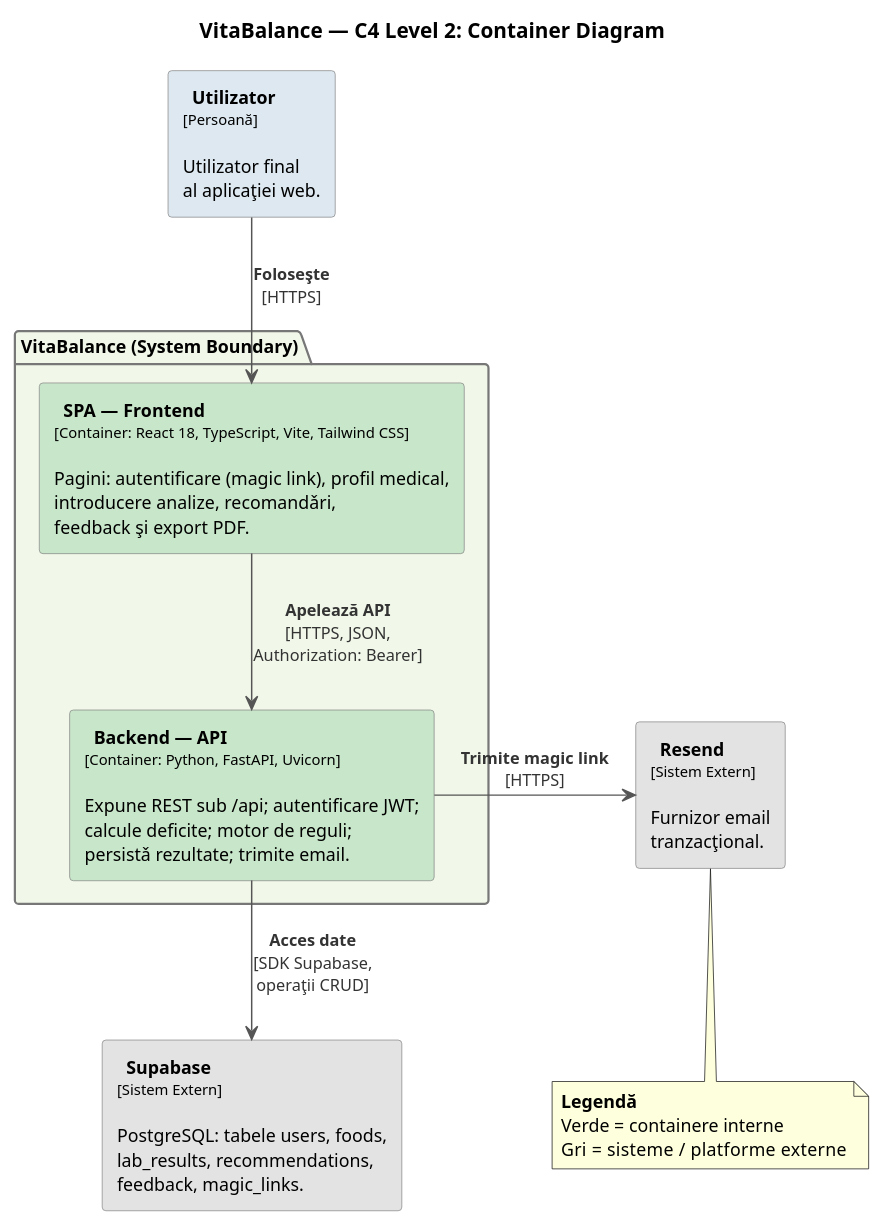
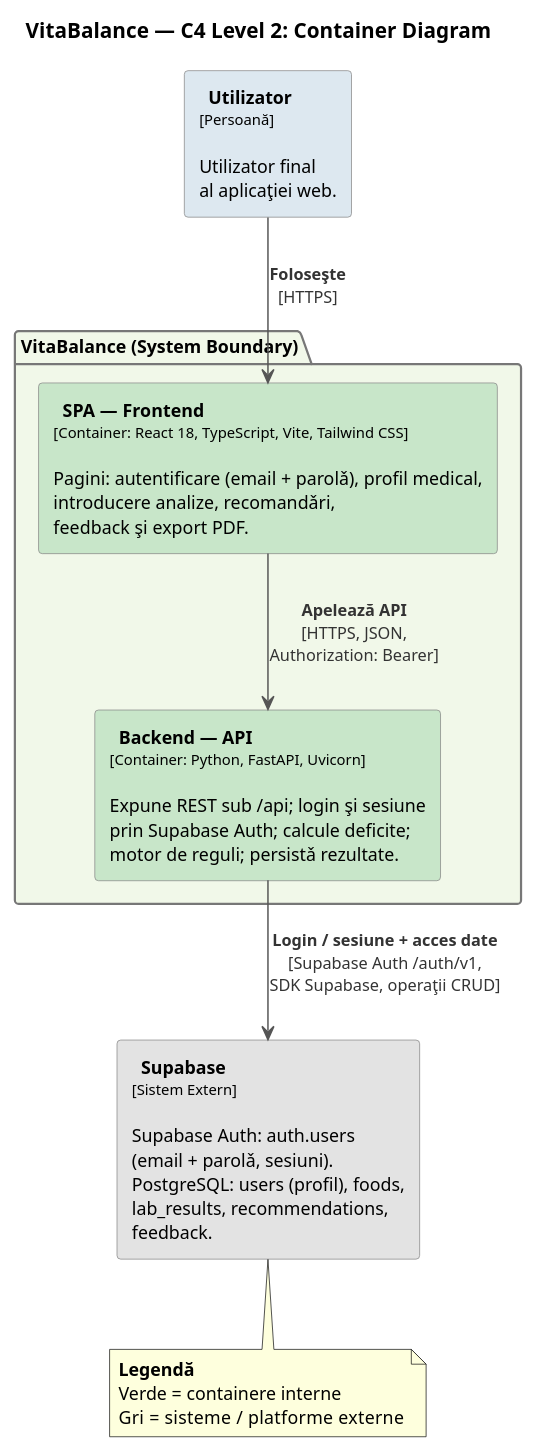
Before and after one commit to CalinGraphics/VitaBalance: the diagram in docs/diagrams/c4-container.puml, drawn with PlantUML. The commit also changed 25 other files, not shown here.

First line of the commit message:
Move login to Supabase Auth and drop the self-signed JWT

```diff
--- a/docs/diagrams/c4-container.puml
+++ b/docs/diagrams/c4-container.puml
@@ -1,46 +1,43 @@
 @startuml VitaBalance_C4_Container
 title VitaBalance — C4 Level 2: Container Diagram
 
 skinparam shadowing false
 skinparam backgroundColor #FFFFFF
 skinparam defaultFontName "Segoe UI"
 skinparam defaultFontSize 12
 skinparam ArrowColor #555555
 skinparam ArrowFontColor #333333
 skinparam ArrowFontSize 11
 skinparam rectangleBorderColor #888888
 skinparam rectangleBackgroundColor #FAFAFA
 skinparam packageBorderColor #777777
 skinparam packageBackgroundColor #F5F5F5
 
 top to bottom direction
 
 ' ===== PERSON =====
 rectangle "  <b>Utilizator</b>\n<size:10>[Persoană]</size>\n\nUtilizator final\nal aplicaţiei web." as USER #DDE8F0
 
 ' ===== SYSTEM BOUNDARY =====
 package "VitaBalance (System Boundary)" as SYS #F1F8E9 {
 
-  rectangle "  <b>SPA — Frontend</b>\n<size:10>[Container: React 18, TypeScript, Vite, Tailwind CSS]</size>\n\nPagini: autentificare (magic link), profil medical,\nintroducere analize, recomandǎri,\nfeedback şi export PDF." as SPA #C8E6C9
+  rectangle "  <b>SPA — Frontend</b>\n<size:10>[Container: React 18, TypeScript, Vite, Tailwind CSS]</size>\n\nPagini: autentificare (email + parolǎ), profil medical,\nintroducere analize, recomandǎri,\nfeedback şi export PDF." as SPA #C8E6C9
 
-  rectangle "  <b>Backend — API</b>\n<size:10>[Container: Python, FastAPI, Uvicorn]</size>\n\nExpune REST sub /api; autentificare JWT;\ncalcule deficite; motor de reguli;\npersistǎ rezultate; trimite email." as API #C8E6C9
+  rectangle "  <b>Backend — API</b>\n<size:10>[Container: Python, FastAPI, Uvicorn]</size>\n\nExpune REST sub /api; login şi sesiune\nprin Supabase Auth; calcule deficite;\nmotor de reguli; persistǎ rezultate." as API #C8E6C9
 
 }
 
 ' ===== EXTERNAL =====
-rectangle "  <b>Supabase</b>\n<size:10>[Sistem Extern]</size>\n\nPostgreSQL: tabele users, foods,\nlab_results, recommendations,\nfeedback, magic_links." as SUPA #E3E3E3
-
-rectangle "  <b>Resend</b>\n<size:10>[Sistem Extern]</size>\n\nFurnizor email\ntranzacţional." as RESEND #E3E3E3
+rectangle "  <b>Supabase</b>\n<size:10>[Sistem Extern]</size>\n\nSupabase Auth: auth.users\n(email + parolǎ, sesiuni).\nPostgreSQL: users (profil), foods,\nlab_results, recommendations,\nfeedback." as SUPA #E3E3E3
 
 USER -down-> SPA : "<b>Foloseşte</b>\n[HTTPS]"
 SPA -down-> API : "<b>Apelează API</b>\n[HTTPS, JSON,\nAuthorization: Bearer]"
-API -down-> SUPA : "<b>Acces date</b>\n[SDK Supabase,\noperaţii CRUD]"
-API -right-> RESEND : "<b>Trimite magic link</b>\n[HTTPS]"
+API -down-> SUPA : "<b>Login / sesiune + acces date</b>\n[Supabase Auth /auth/v1,\nSDK Supabase, operaţii CRUD]"
 
 note bottom
   **Legendă**
   Verde = containere interne
   Gri   = sisteme / platforme externe
 end note
 
 @enduml
```
